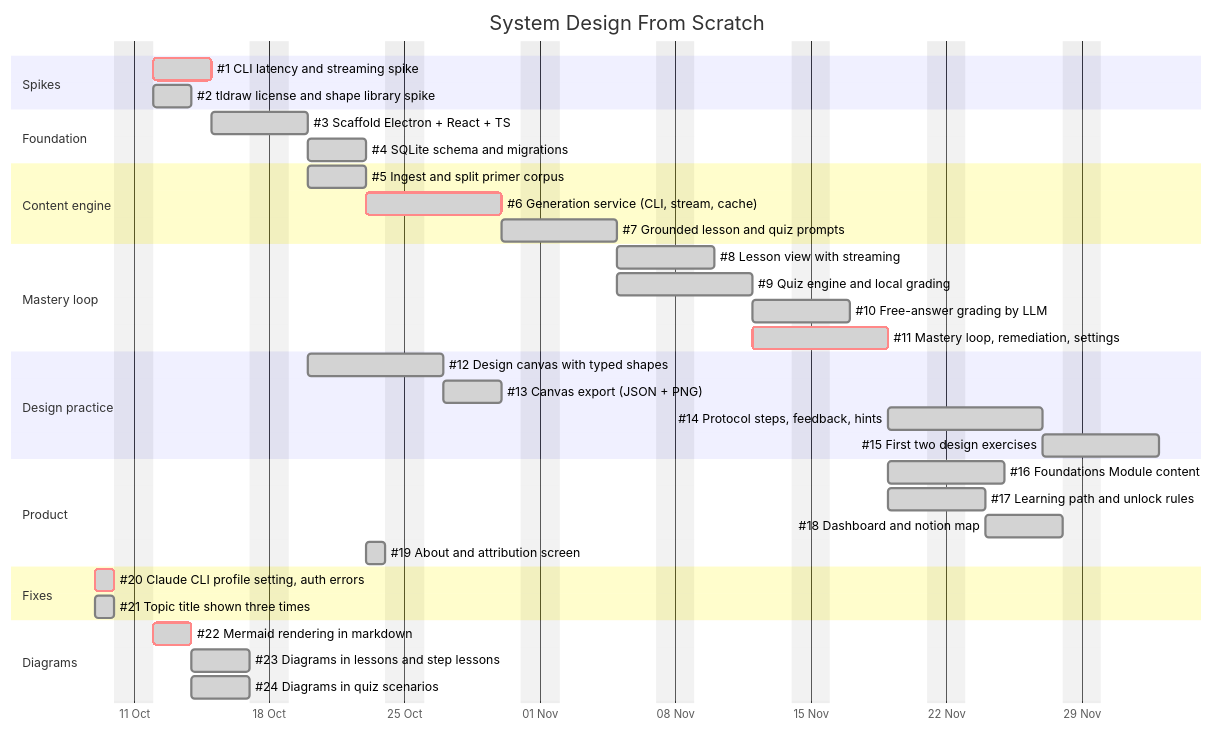
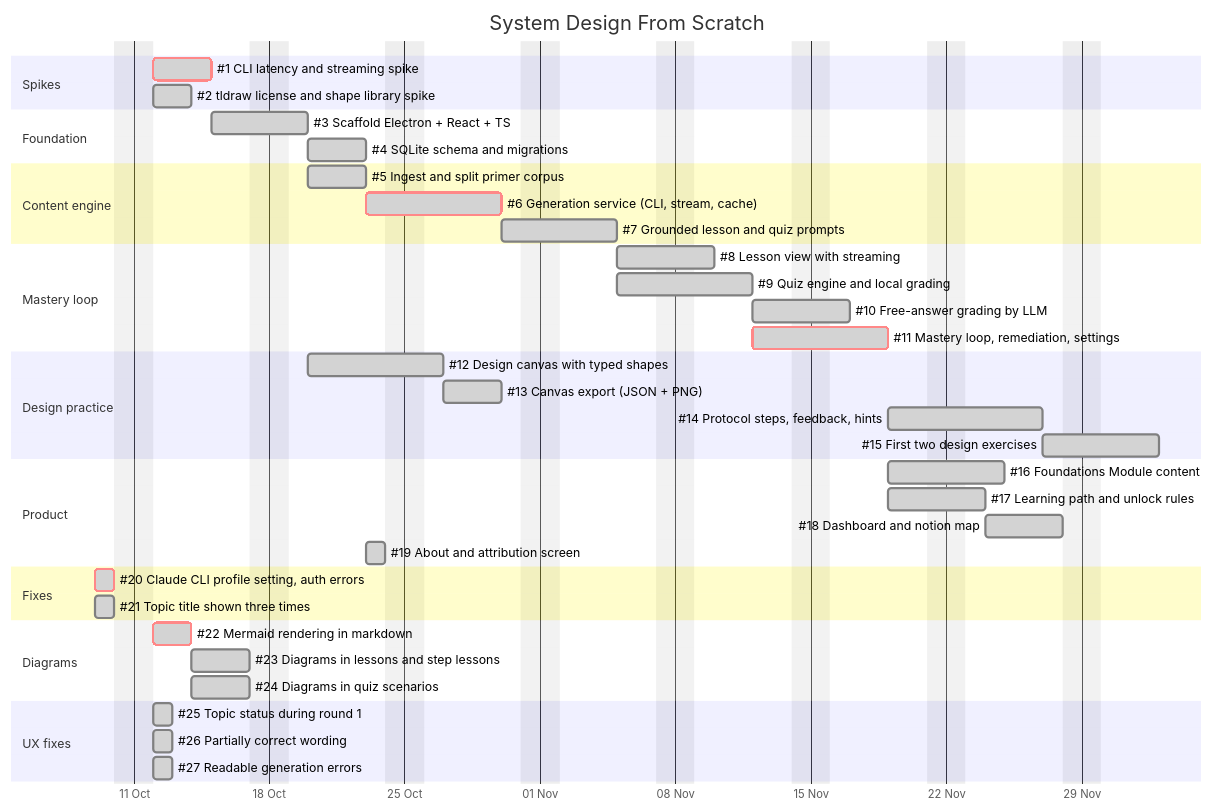
Before and after one commit to jbclaramonte/system-design-from-scratch: the diagram in docs/ROADMAP.md, drawn with Mermaid. The commit also changed other lines of this file and 34 other files, not shown here.

First line of the commit message:
fix: topic status during round 1, feedback wording, readable errors

````diff
--- a/docs/ROADMAP.md
+++ b/docs/ROADMAP.md
@@ -13,47 +13,52 @@
 ```mermaid
 gantt
     title System Design From Scratch
     dateFormat YYYY-MM-DD
     excludes weekends
     axisFormat %d %b
 
     section Spikes
     #1 CLI latency and streaming spike        :done, crit, s1, 2026-10-12, 3d
     #2 tldraw license and shape library spike :done, s2, 2026-10-12, 2d
 
     section Foundation
     #3 Scaffold Electron + React + TS         :done, f1, after s1, 3d
     #4 SQLite schema and migrations           :done, f2, after f1, 3d
 
     section Content engine
     #5 Ingest and split primer corpus         :done, c1, after f1, 3d
     #6 Generation service (CLI, stream, cache):done, crit, c2, after f2, 5d
     #7 Grounded lesson and quiz prompts       :done, c3, after c1 c2, 4d
 
     section Mastery loop
     #8 Lesson view with streaming             :done, m1, after c3, 3d
     #9 Quiz engine and local grading          :done, m2, after c3, 5d
     #10 Free-answer grading by LLM            :done, m3, after m2, 3d
     #11 Mastery loop, remediation, settings   :done, crit, m4, after m1 m2, 5d
 
     section Design practice
     #12 Design canvas with typed shapes       :done, d1, after s2 f1, 5d
     #13 Canvas export (JSON + PNG)            :done, d2, after d1, 3d
     #14 Protocol steps, feedback, hints       :done, d3, after d2 m4, 6d
     #15 First two design exercises            :done, d4, after d3, 4d
 
     section Product
     #16 Foundations Module content            :done, p1, after m4, 4d
     #17 Learning path and unlock rules        :done, p2, after m4, 3d
     #18 Dashboard and notion map              :done, p3, after p2, 4d
     #19 About and attribution screen          :done, p4, after c1, 1d
 
     section Fixes
     #20 Claude CLI profile setting, auth errors :done, crit, x1, 2026-10-09, 1d
     #21 Topic title shown three times         :done, x2, 2026-10-09, 1d
 
     section Diagrams
     #22 Mermaid rendering in markdown         :done, crit, g1, 2026-10-12, 2d
     #23 Diagrams in lessons and step lessons  :done, g2, after g1, 3d
     #24 Diagrams in quiz scenarios            :done, g3, after g1, 3d
+
+    section UX fixes
+    #25 Topic status during round 1           :done, u1, 2026-10-12, 1d
+    #26 Partially correct wording             :done, u2, 2026-10-12, 1d
+    #27 Readable generation errors            :done, u3, 2026-10-12, 1d
 ```
````
